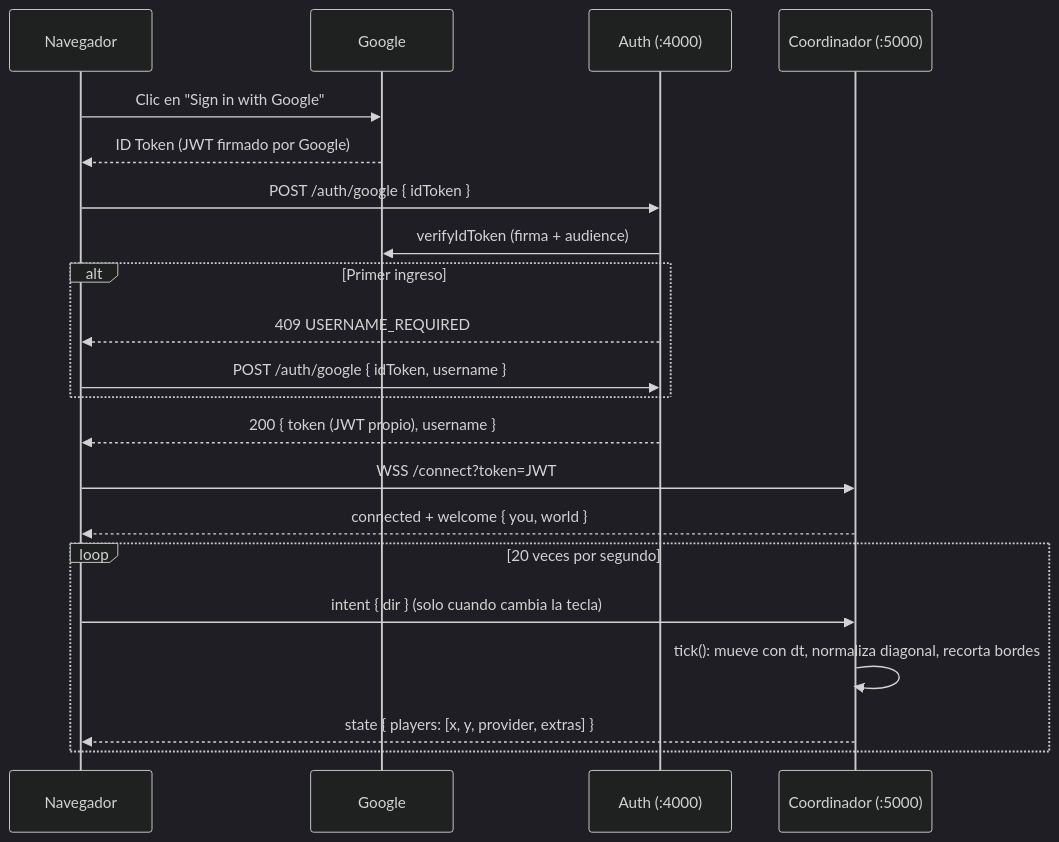
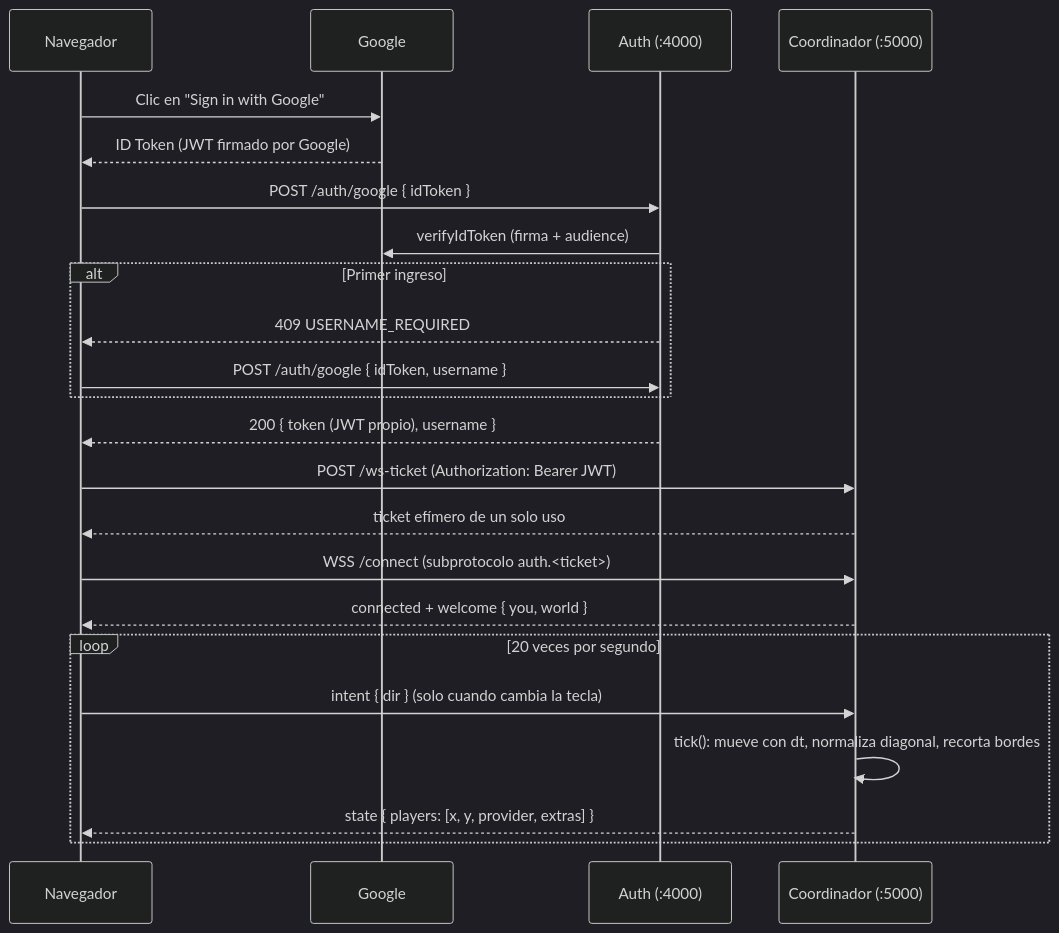
The second of 2 diagrams in README.md (juandiegobb/SSD-CarsGame), drawn with Mermaid (dark theme) before and after one commit. The commit also changed other lines of this file and 9 other files, not shown here.

````diff
--- a/README.md
+++ b/README.md
@@ -525,24 +514,26 @@
 ```mermaid
 sequenceDiagram
     participant B as Navegador
     participant G as Google
     participant A as Auth (:4000)
     participant C as Coordinador (:5000)
 
     B->>G: Clic en "Sign in with Google"
     G-->>B: ID Token (JWT firmado por Google)
     B->>A: POST /auth/google { idToken }
     A->>G: verifyIdToken (firma + audience)
     alt Primer ingreso
         A-->>B: 409 USERNAME_REQUIRED
         B->>A: POST /auth/google { idToken, username }
     end
     A-->>B: 200 { token (JWT propio), username }
-    B->>C: WSS /connect?token=JWT
+    B->>C: POST /ws-ticket (Authorization: Bearer JWT)
+    C-->>B: ticket efímero de un solo uso
+    B->>C: WSS /connect (subprotocolo auth.<ticket>)
     C-->>B: connected + welcome { you, world }
     loop 20 veces por segundo
         B->>C: intent { dir } (solo cuando cambia la tecla)
         C->>C: tick(): mueve con dt, normaliza diagonal, recorta bordes
         C-->>B: state { players: [x, y, provider, extras] }
     end
 ```
````
